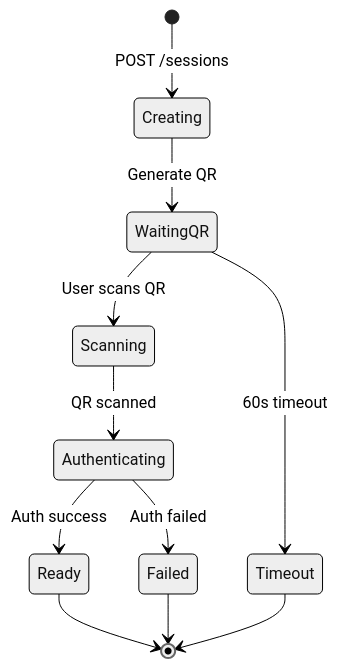
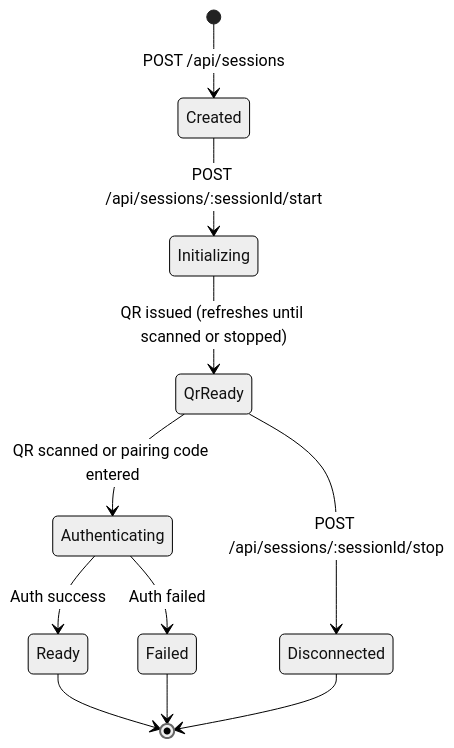
One commit to AntoineTROOVY/Sherlo changed diagram 13 of 13 in docs/02-requirements-specification.md. Above: the diagram before and after it, drawn with Mermaid (neutral theme).

Commit message:
docs(requirements): match the session onboarding states to the API
UC-003 showed POST /sessions going straight to a QR and ending in a
60-second timeout. Creating a session only saves it; the QR appears
after POST /api/sessions/:sessionId/start and keeps refreshing until
it is scanned or the session is stopped. The diagram now uses the real
statuses and routes.

````diff
--- a/docs/02-requirements-specification.md
+++ b/docs/02-requirements-specification.md
@@ -442,13 +442,13 @@
 ```mermaid
 stateDiagram-v2
-    [*] --> Creating: POST /sessions
-    Creating --> WaitingQR: Generate QR
-    WaitingQR --> Scanning: User scans QR
-    WaitingQR --> Timeout: 60s timeout
-    Scanning --> Authenticating: QR scanned
+    [*] --> Created: POST /api/sessions
+    Created --> Initializing: POST /api/sessions/:sessionId/start
+    Initializing --> QrReady: QR issued (refreshes until scanned or stopped)
+    QrReady --> Authenticating: QR scanned or pairing code entered
+    QrReady --> Disconnected: POST /api/sessions/:sessionId/stop
     Authenticating --> Ready: Auth success
     Authenticating --> Failed: Auth failed
     Ready --> [*]
-    Timeout --> [*]
+    Disconnected --> [*]
     Failed --> [*]
 ```
````
